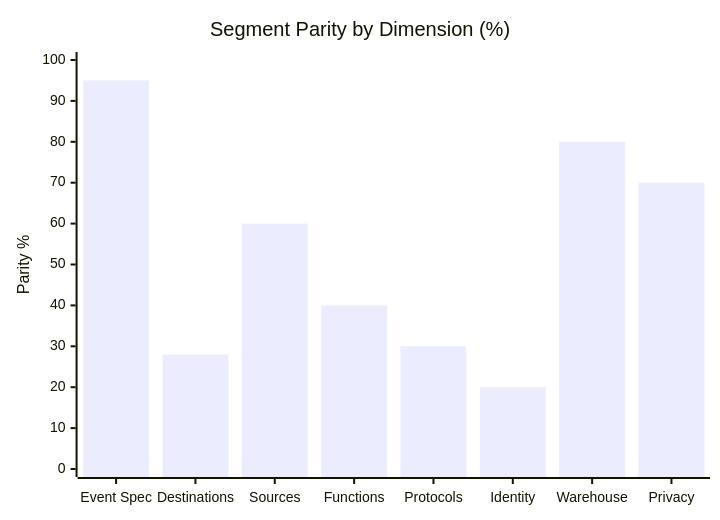
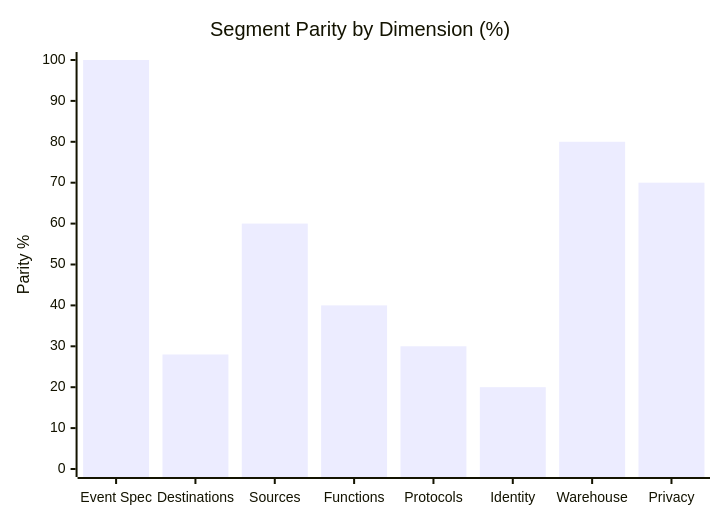
One commit to Blitzy-Sandbox/blitzy-RudderStack changed the first of 3 diagrams in docs/gap-report/index.md. Above: the diagram before and after it, drawn with Mermaid. The commit also changed other lines of this file, not shown here.

````diff
--- a/docs/gap-report/index.md
+++ b/docs/gap-report/index.md
@@ -66,7 +66,7 @@
 ```mermaid
 xychart-beta
     title "Segment Parity by Dimension (%)"
     x-axis ["Event Spec", "Destinations", "Sources", "Functions", "Protocols", "Identity", "Warehouse", "Privacy"]
     y-axis "Parity %" 0 --> 100
-    bar [95, 28, 60, 40, 30, 20, 80, 70]
+    bar [100, 28, 60, 40, 30, 20, 80, 70]
 ```
````
